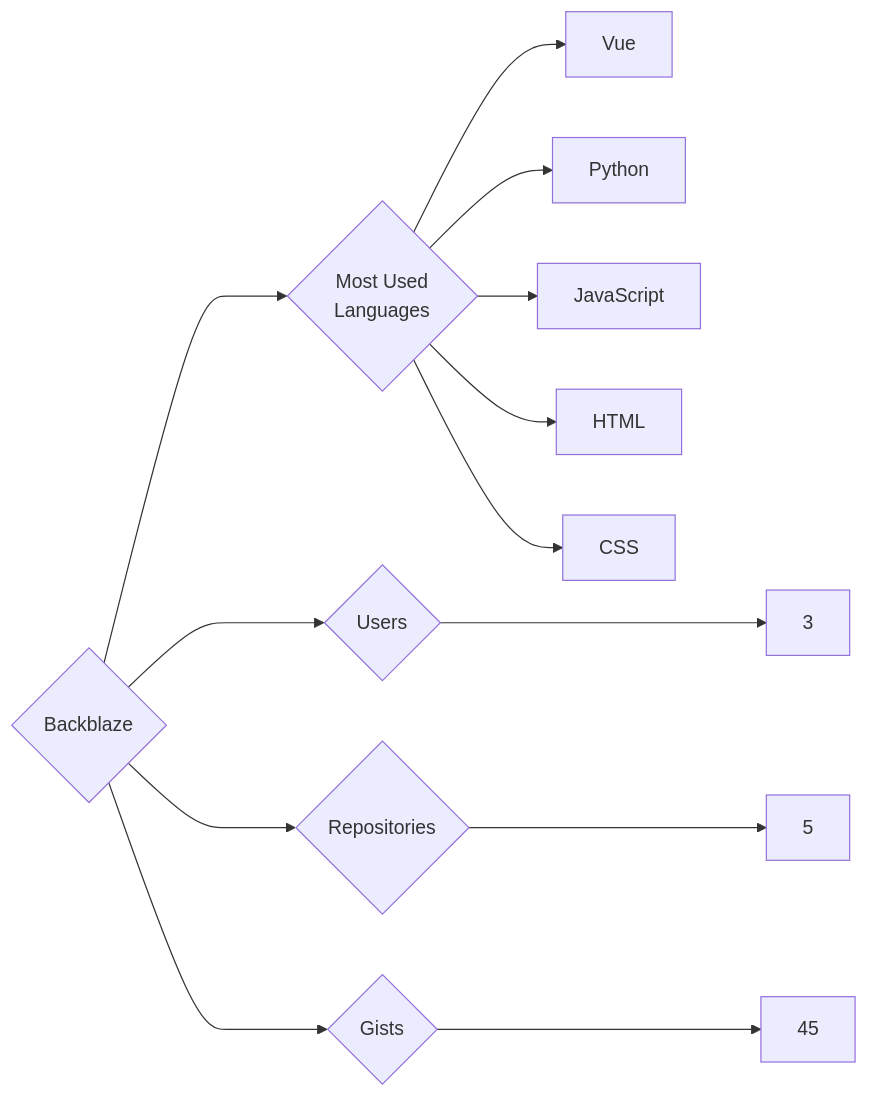
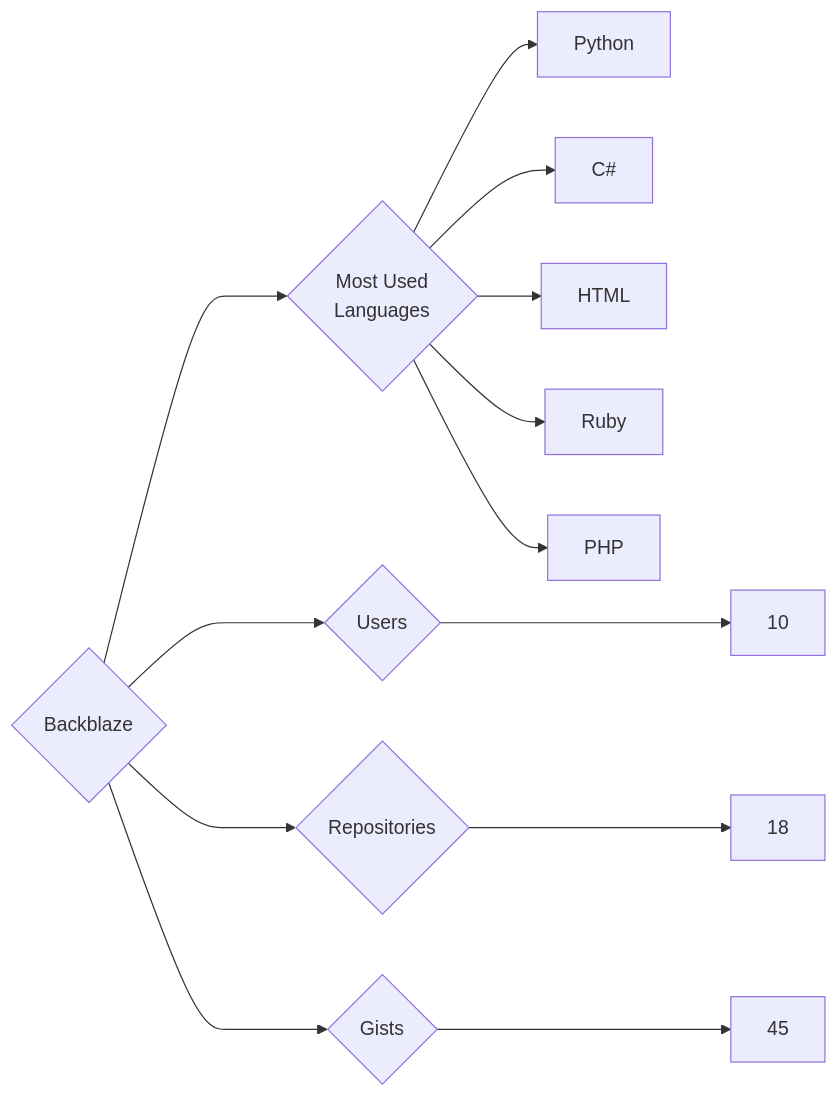
The diagram in targets/Backblaze/README.md (trickest/insiders), drawn with Mermaid before and after one commit. The commit also changed 1167 other files, not shown here.

````diff
--- a/targets/Backblaze/README.md
+++ b/targets/Backblaze/README.md
@@ -3,13 +3,13 @@
 ```mermaid
 graph LR
 COMPANY_NAME{Backblaze}
-COMPANY_NAME ---> U{Users} ---> UN[3]
-COMPANY_NAME ---> R{Repositories} ---> RN[5]
+COMPANY_NAME ---> U{Users} ---> UN[10]
+COMPANY_NAME ---> R{Repositories} ---> RN[18]
 COMPANY_NAME ---> G{Gists} ---> GN[45]
 COMPANY_NAME ---> ML{Most Used<br>Languages}
-ML --> Vue[Vue]
 ML --> Python[Python]
-ML --> JavaScript[JavaScript]
+ML --> C#[C#]
 ML --> HTML[HTML]
-ML --> CSS[CSS]
+ML --> Ruby[Ruby]
+ML --> PHP[PHP]
 ```
````
